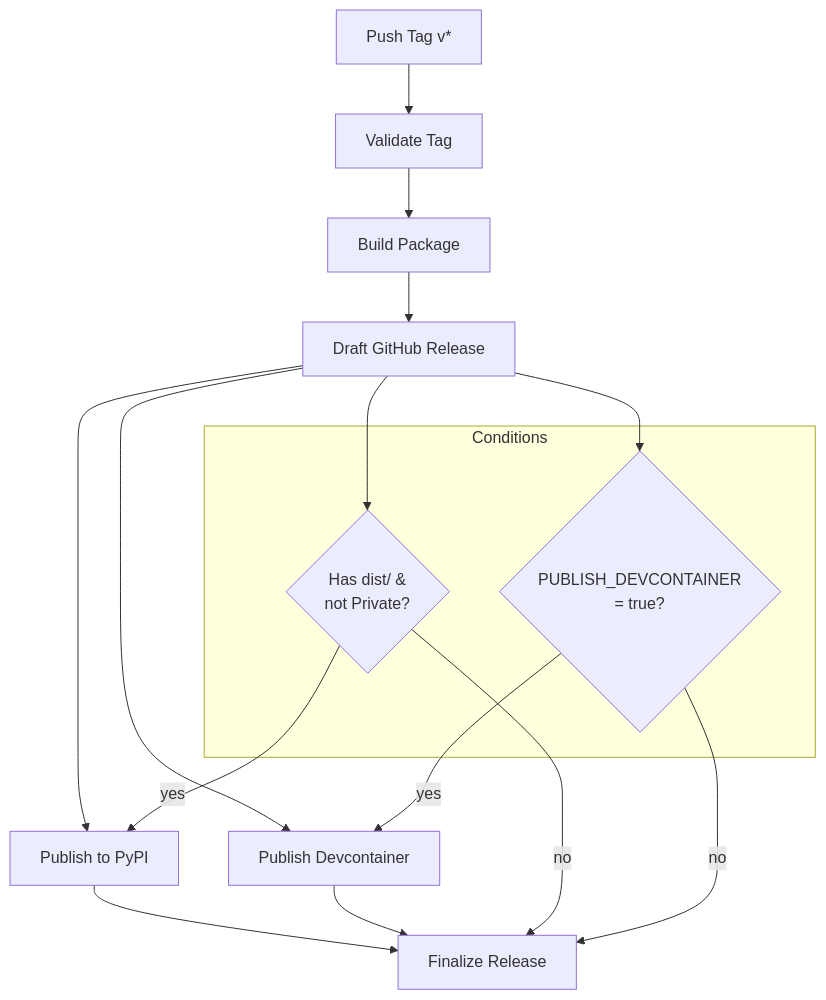
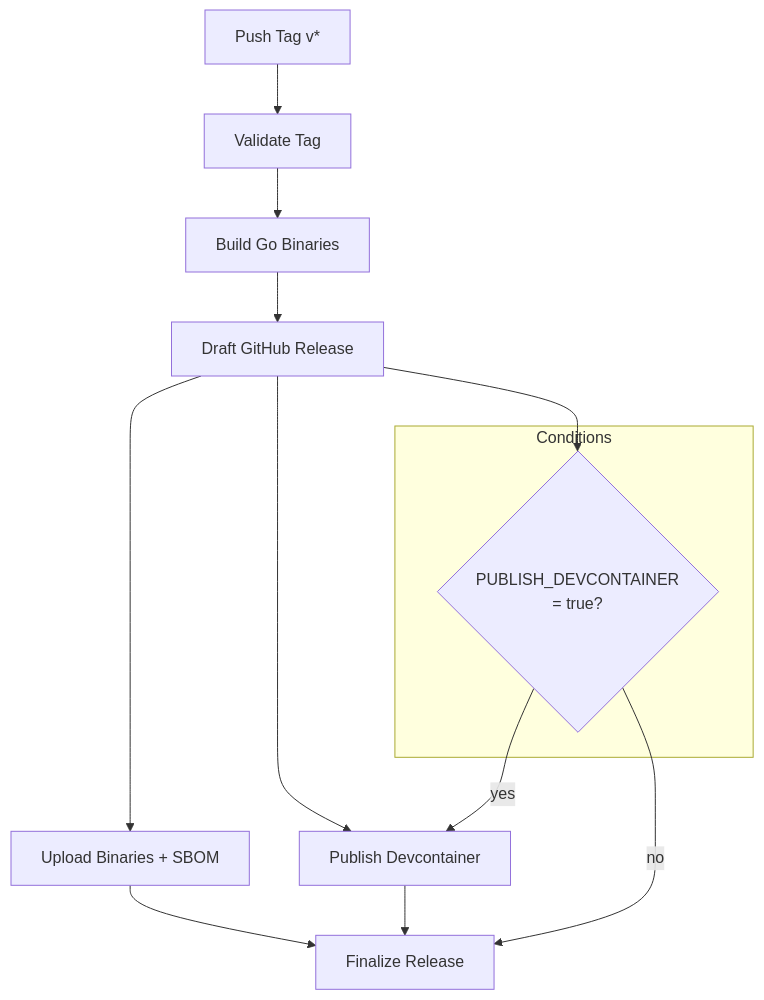
The fourth of 8 diagrams in docs/ARCHITECTURE.md (Jebel-Quant/rhiza-go), drawn with Mermaid before and after one commit. The commit also changed other lines of this file and 17 other files, not shown here.

````diff
--- a/docs/ARCHITECTURE.md
+++ b/docs/ARCHITECTURE.md
@@ -108,22 +105,18 @@
 ```mermaid
 flowchart TD
     tag[Push Tag v*] --> validate[Validate Tag]
-    validate --> build[Build Package]
+    validate --> build[Build Go Binaries]
     build --> draft[Draft GitHub Release]
-    draft --> pypi[Publish to PyPI]
+    draft --> upload[Upload Binaries + SBOM]
     draft --> devcontainer[Publish Devcontainer]
-    pypi --> finalize[Finalize Release]
+    upload --> finalize[Finalize Release]
     devcontainer --> finalize
 
     subgraph Conditions
-        pypi_cond{Has dist/ &<br/>not Private?}
         dev_cond{PUBLISH_DEVCONTAINER<br/>= true?}
     end
 
-    draft --> pypi_cond
-    pypi_cond -->|yes| pypi
-    pypi_cond -->|no| finalize
     draft --> dev_cond
     dev_cond -->|yes| devcontainer
     dev_cond -->|no| finalize
 ```
````
